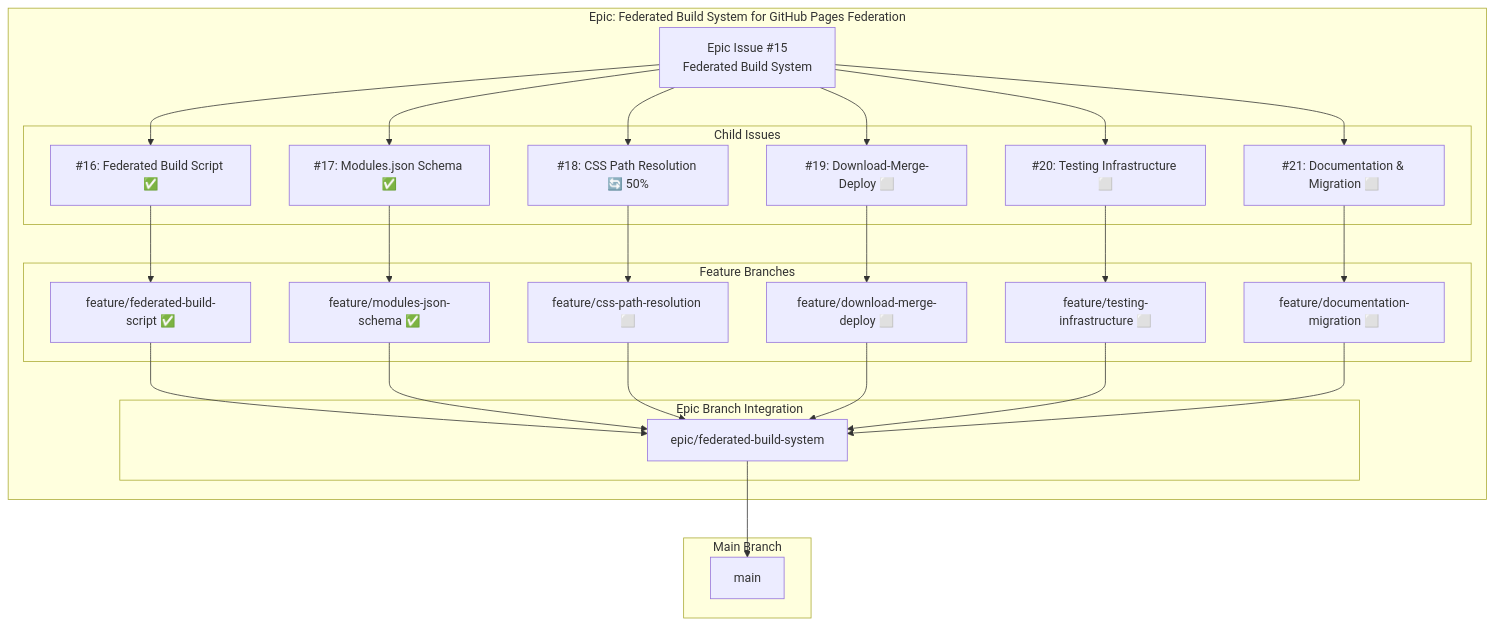
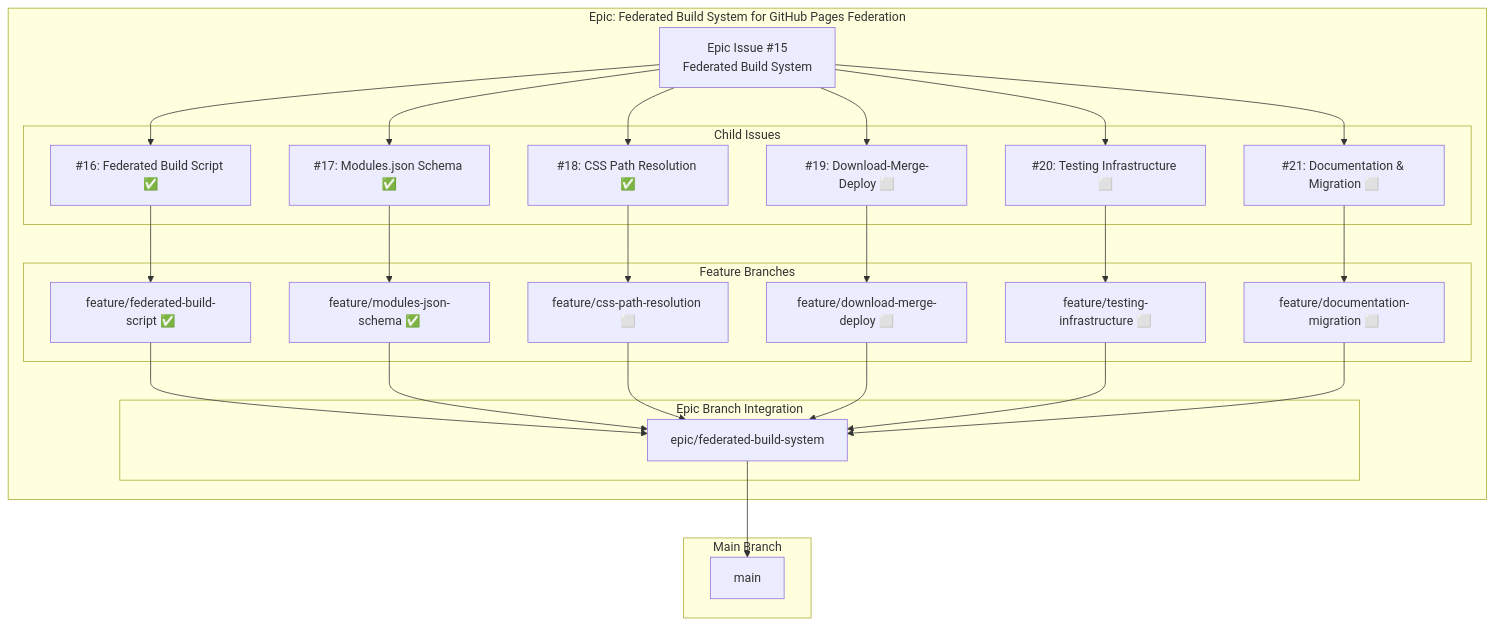
Before and after one commit to info-tech-io/hugo-templates: the first of 7 diagrams in docs/proposals/epic-15-federated-build-system/progress.md, drawn with Mermaid. The commit also changed other lines of this file, not shown here.

````diff
--- a/docs/proposals/epic-15-federated-build-system/progress.md
+++ b/docs/proposals/epic-15-federated-build-system/progress.md
@@ -5,55 +5,55 @@
 ```mermaid
 graph TB
     subgraph "Epic: Federated Build System for GitHub Pages Federation"
         E[Epic Issue #15<br/>Federated Build System]
 
         subgraph "Child Issues"
             C1[#16: Federated Build Script ✅]
             C2[#17: Modules.json Schema ✅]
-            C3[#18: CSS Path Resolution 🔄 50%]
+            C3[#18: CSS Path Resolution ✅]
             C4[#19: Download-Merge-Deploy ⬜]
             C5[#20: Testing Infrastructure ⬜]
             C6[#21: Documentation & Migration ⬜]
         end
 
         subgraph "Feature Branches"
             F1[feature/federated-build-script ✅]
             F2[feature/modules-json-schema ✅]
             F3[feature/css-path-resolution ⬜]
             F4[feature/download-merge-deploy ⬜]
             F5[feature/testing-infrastructure ⬜]
             F6[feature/documentation-migration ⬜]
         end
 
         subgraph "Epic Branch Integration"
             EB[epic/federated-build-system]
         end
 
         E --> C1
         E --> C2
         E --> C3
         E --> C4
         E --> C5
         E --> C6
 
         C1 --> F1
         C2 --> F2
         C3 --> F3
         C4 --> F4
         C5 --> F5
         C6 --> F6
 
         F1 --> EB
         F2 --> EB
         F3 --> EB
         F4 --> EB
         F5 --> EB
         F6 --> EB
     end
 
     subgraph "Main Branch"
         M[main]
     end
 
     EB --> M
 ```
````
